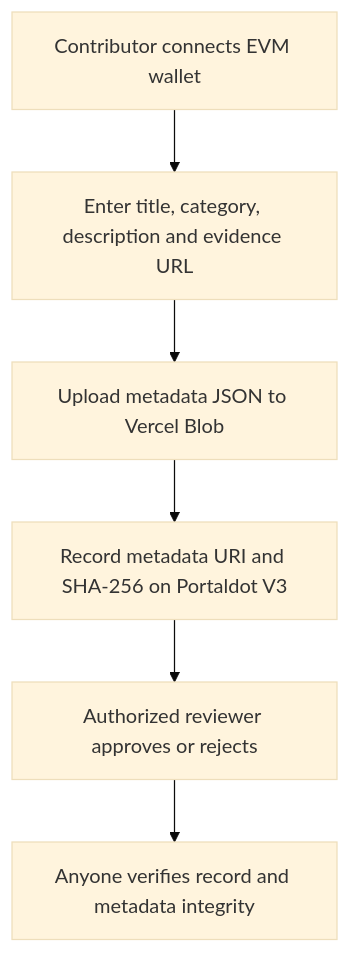
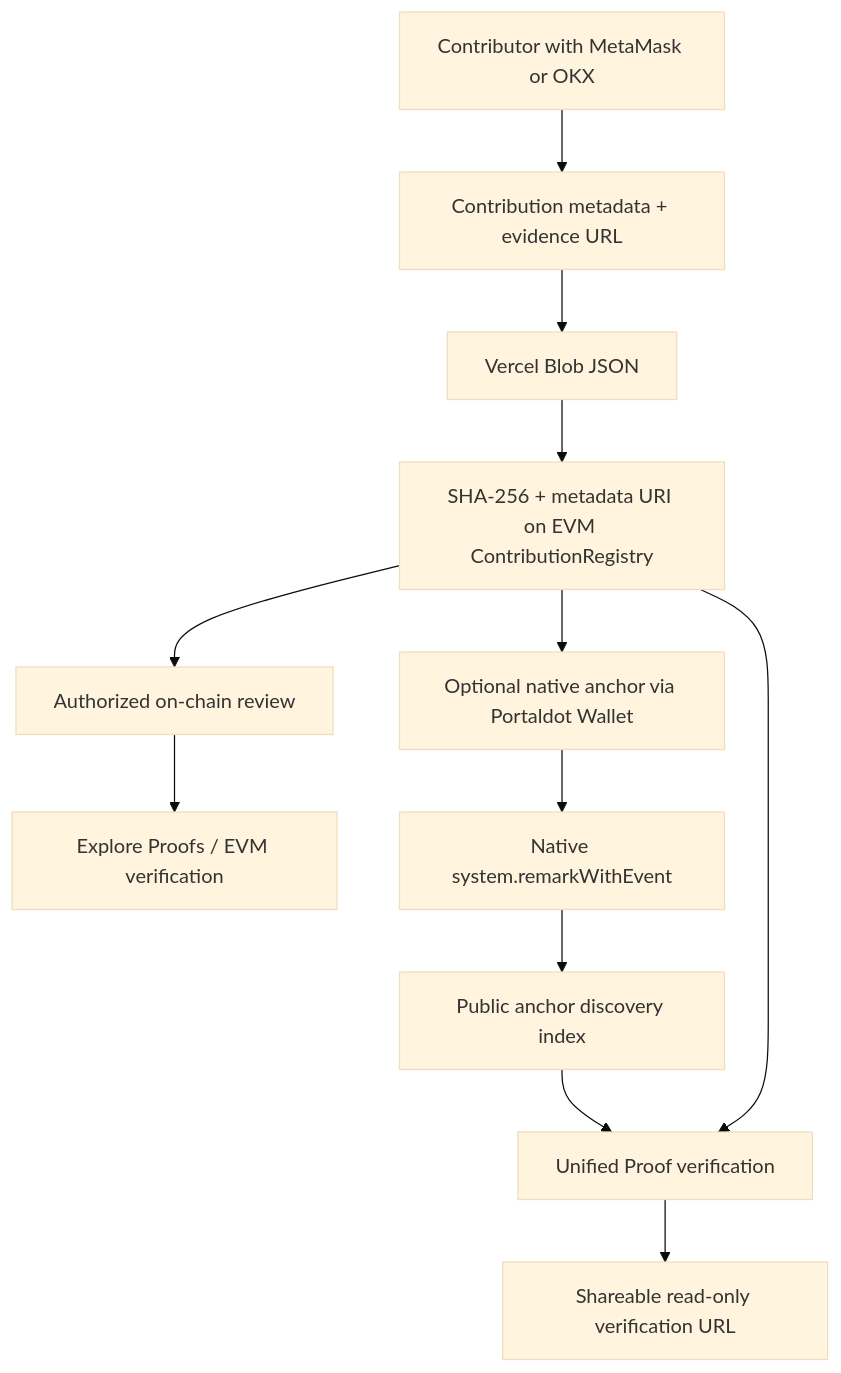
The diagram in README.md (Qnam309/proof-of-contribution), drawn with Mermaid (base theme) before and after one commit. The commit also changed other lines of this file, not shown here.

Commit message:
Update README with native proof and unified verification

````diff
--- a/README.md
+++ b/README.md
@@ -22,8 +45,14 @@
 ```mermaid
 flowchart TD
-    A[Contributor connects EVM wallet] --> B[Enter title, category, description and evidence URL]
-    B --> C[Upload metadata JSON to Vercel Blob]
-    C --> D[Record metadata URI and SHA-256 on Portaldot V3]
-    D --> E[Authorized reviewer approves or rejects]
-    E --> F[Anyone verifies record and metadata integrity]
+    A[Contributor with MetaMask or OKX] --> B[Contribution metadata + evidence URL]
+    B --> C[Vercel Blob JSON]
+    C --> D[SHA-256 + metadata URI on EVM ContributionRegistry]
+    D --> E[Authorized on-chain review]
+    E --> F[Explore Proofs / EVM verification]
+    D --> G[Optional native anchor via Portaldot Wallet]
+    G --> H[Native system.remarkWithEvent]
+    H --> I[Public anchor discovery index]
+    I --> J[Unified Proof verification]
+    D --> J
+    J --> K[Shareable read-only verification URL]
 ```
````
